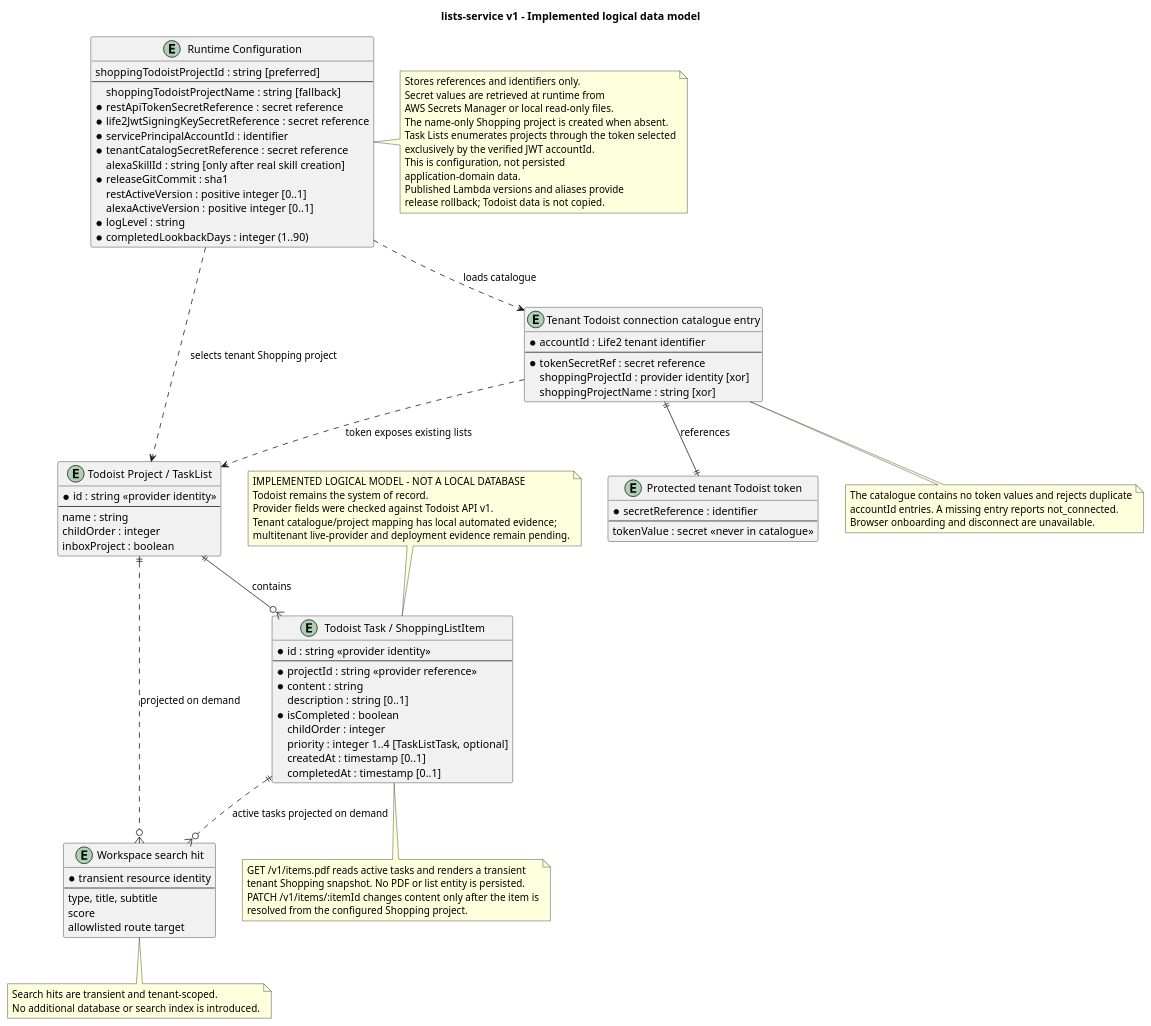
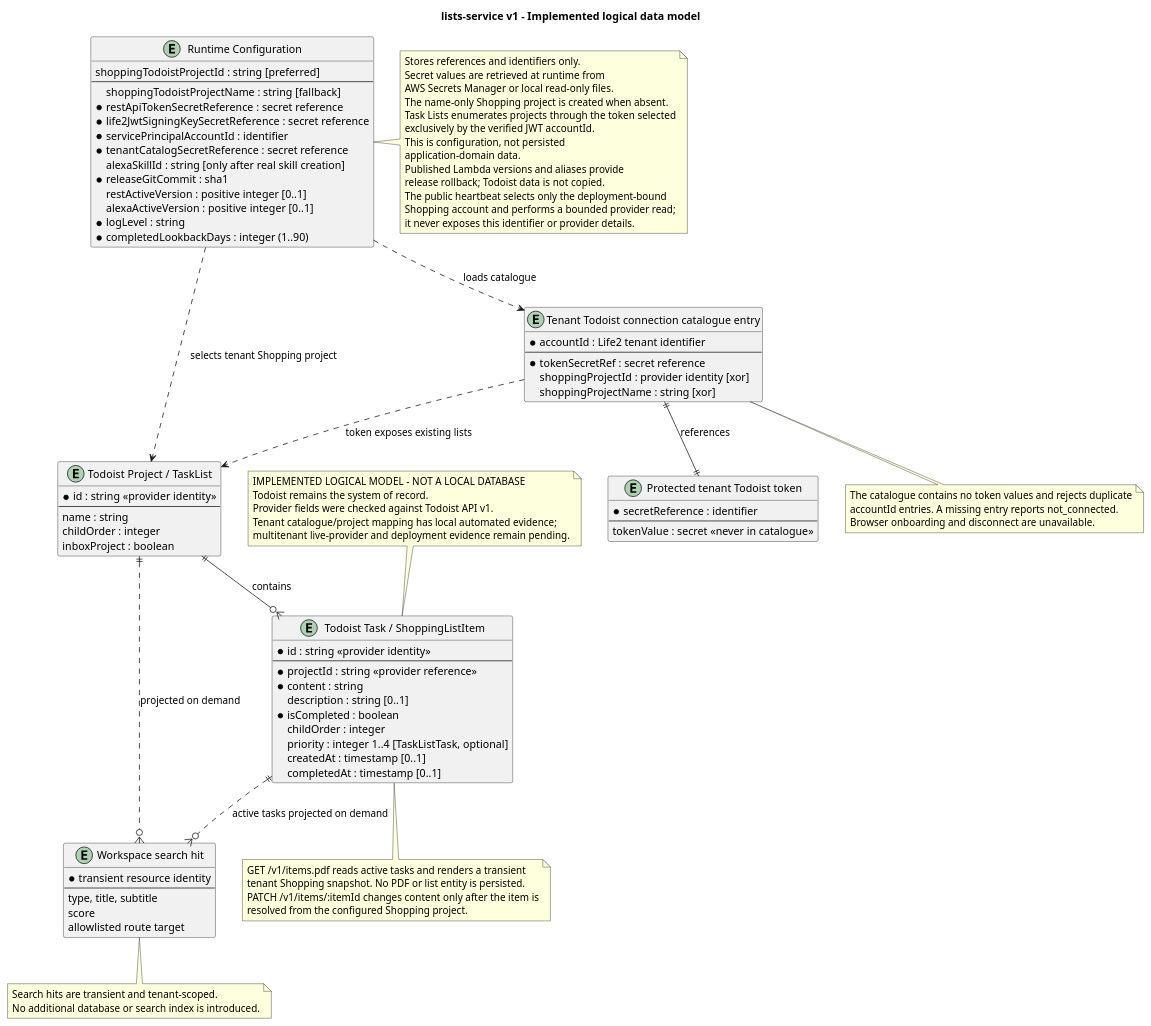
One commit to ralfepoisson/lists-service changed the diagram in docs/architecture/erd.puml. Above: the diagram before and after it, drawn with PlantUML. The commit also changed 12 other files, not shown here.

```diff
--- a/docs/architecture/erd.puml
+++ b/docs/architecture/erd.puml
@@ -1,116 +1,119 @@
 @startuml
 title lists-service v1 - Implemented logical data model
 
 hide methods
 hide stereotypes
 skinparam shadowing false
 
 note as StatusNote
   IMPLEMENTED LOGICAL MODEL - NOT A LOCAL DATABASE
   Todoist remains the system of record.
   Provider fields were checked against Todoist API v1.
   Tenant catalogue/project mapping has local automated evidence;
   multitenant live-provider and deployment evidence remain pending.
 end note
 
 entity "Todoist Project / TaskList" as Project {
   * id : string <<provider identity>>
   --
   name : string
   childOrder : integer
   inboxProject : boolean
 }
 
 entity "Todoist Task / ShoppingListItem" as Item {
   * id : string <<provider identity>>
   --
   * projectId : string <<provider reference>>
   * content : string
   description : string [0..1]
   * isCompleted : boolean
   childOrder : integer
   priority : integer 1..4 [TaskListTask, optional]
   createdAt : timestamp [0..1]
   completedAt : timestamp [0..1]
 }
 
 entity "Runtime Configuration" as Configuration {
   shoppingTodoistProjectId : string [preferred]
   --
   shoppingTodoistProjectName : string [fallback]
   * restApiTokenSecretReference : secret reference
   * life2JwtSigningKeySecretReference : secret reference
   * servicePrincipalAccountId : identifier
   * tenantCatalogSecretReference : secret reference
   alexaSkillId : string [only after real skill creation]
   * releaseGitCommit : sha1
   restActiveVersion : positive integer [0..1]
   alexaActiveVersion : positive integer [0..1]
   * logLevel : string
   * completedLookbackDays : integer (1..90)
 }
 
 entity "Tenant Todoist connection catalogue entry" as Connection {
   * accountId : Life2 tenant identifier
   --
   * tokenSecretRef : secret reference
   shoppingProjectId : provider identity [xor]
   shoppingProjectName : string [xor]
 }
 
 entity "Protected tenant Todoist token" as TenantToken {
   * secretReference : identifier
   --
   tokenValue : secret <<never in catalogue>>
 }
 
 entity "Workspace search hit" as SearchHit {
   * transient resource identity
   --
   type, title, subtitle
   score
   allowlisted route target
 }
 
 Project ||--o{ Item : contains
 Connection ..> Project : token exposes existing lists
 Connection ||--|| TenantToken : references
 Configuration ..> Connection : loads catalogue
 Configuration ..> Project : selects tenant Shopping project
 Project ||..o{ SearchHit : projected on demand
 Item ||..o{ SearchHit : active tasks projected on demand
 
 note right of Configuration
   Stores references and identifiers only.
   Secret values are retrieved at runtime from
   AWS Secrets Manager or local read-only files.
   The name-only Shopping project is created when absent.
   Task Lists enumerates projects through the token selected
   exclusively by the verified JWT accountId.
   This is configuration, not persisted
   application-domain data.
   Published Lambda versions and aliases provide
   release rollback; Todoist data is not copied.
+  The public heartbeat selects only the deployment-bound
+  Shopping account and performs a bounded provider read;
+  it never exposes this identifier or provider details.
 end note
 
 note bottom of Connection
   The catalogue contains no token values and rejects duplicate
   accountId entries. A missing entry reports not_connected.
   Browser onboarding and disconnect are unavailable.
 end note
 
 note bottom of Item
   GET /v1/items.pdf reads active tasks and renders a transient
   tenant Shopping snapshot. No PDF or list entity is persisted.
   PATCH /v1/items/:itemId changes content only after the item is
   resolved from the configured Shopping project.
 end note
 
 note bottom of SearchHit
   Search hits are transient and tenant-scoped.
   No additional database or search index is introduced.
 end note
 
 StatusNote .. Item
 
 @enduml
```
